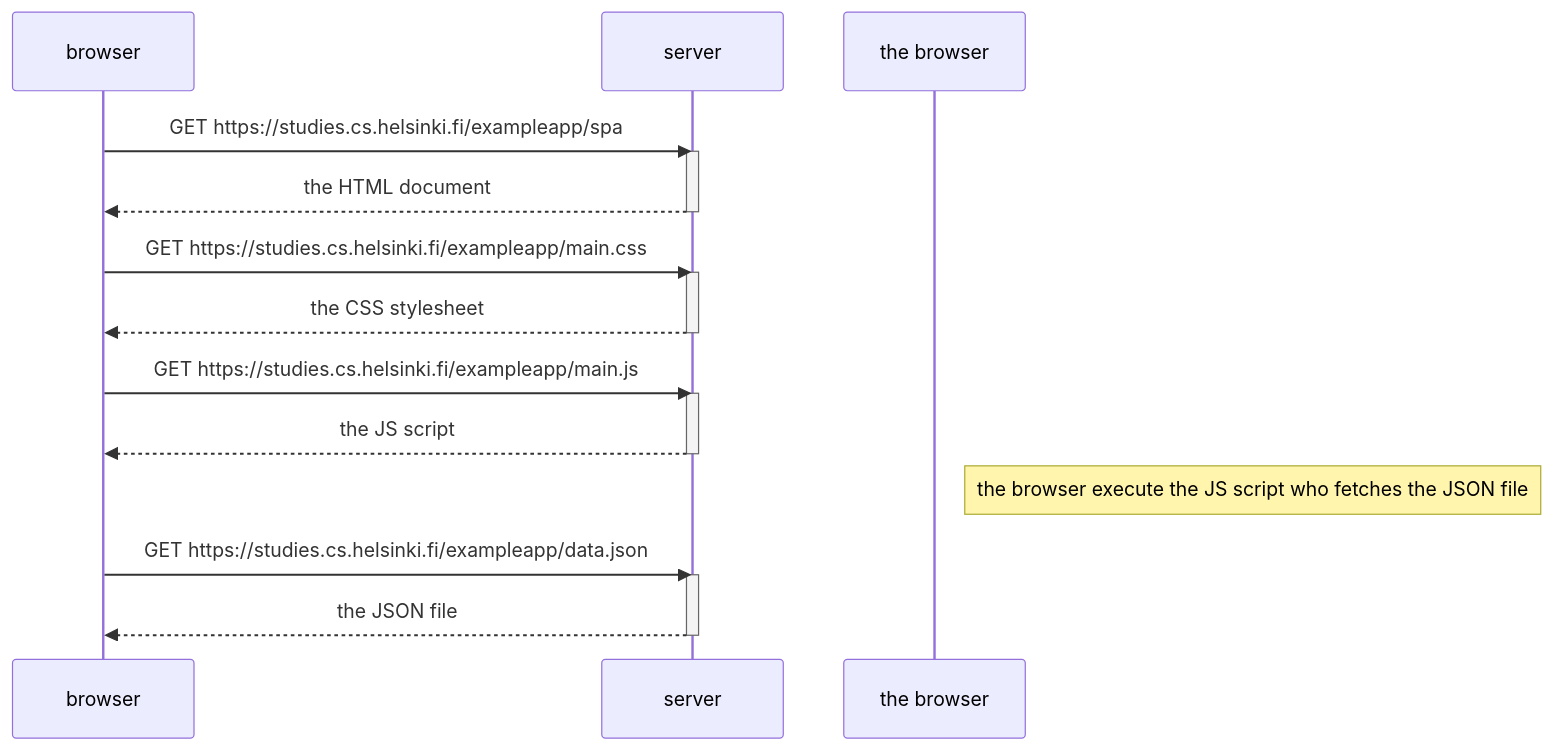
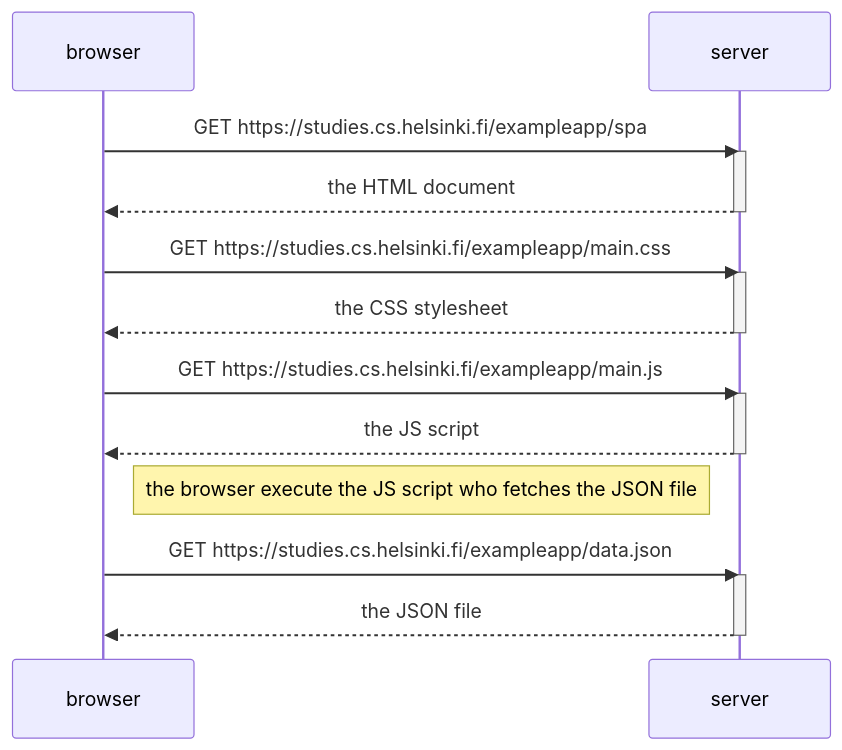
One commit to Sephydev/full-stack-open-part-0 changed the diagram in single-page-app-diagram/README.md. Above: the diagram before and after it, drawn with Mermaid.

Commit message:
Fix note in diagram

````diff
--- a/single-page-app-diagram/README.md
+++ b/single-page-app-diagram/README.md
@@ -5,27 +5,27 @@
 ```mermaid
 sequenceDiagram
   participant browser
   participant server
 
   browser->>server: GET https://studies.cs.helsinki.fi/exampleapp/spa
   activate server
   server-->>browser: the HTML document
   deactivate server
 
   browser->>server: GET https://studies.cs.helsinki.fi/exampleapp/main.css
   activate server
   server-->>browser: the CSS stylesheet
   deactivate server
 
   browser->>server: GET https://studies.cs.helsinki.fi/exampleapp/main.js
   activate server
   server-->>browser: the JS script
   deactivate server
 
-  Note right of the browser: the browser execute the JS script who fetches the JSON file
+  Note right of browser: the browser execute the JS script who fetches the JSON file
 
   browser->>server: GET https://studies.cs.helsinki.fi/exampleapp/data.json
   activate server
   server-->>browser: the JSON file
   deactivate server
 ```
````
